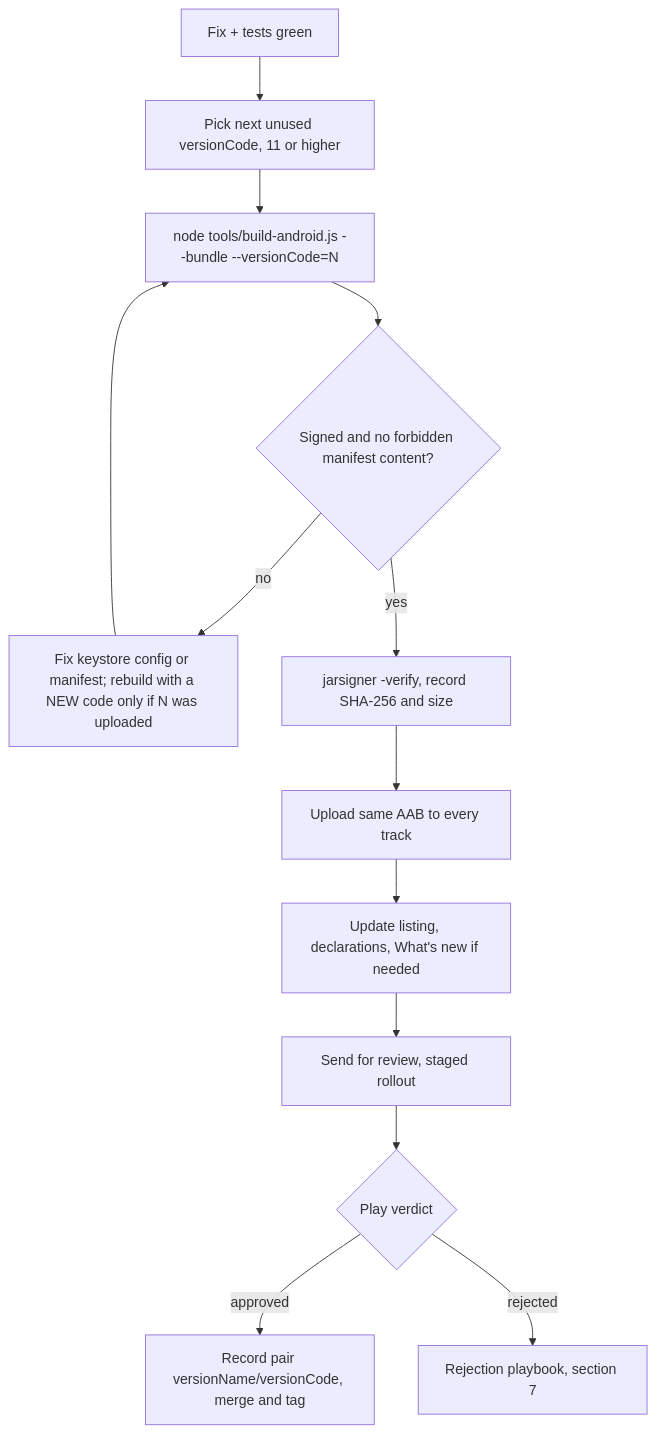
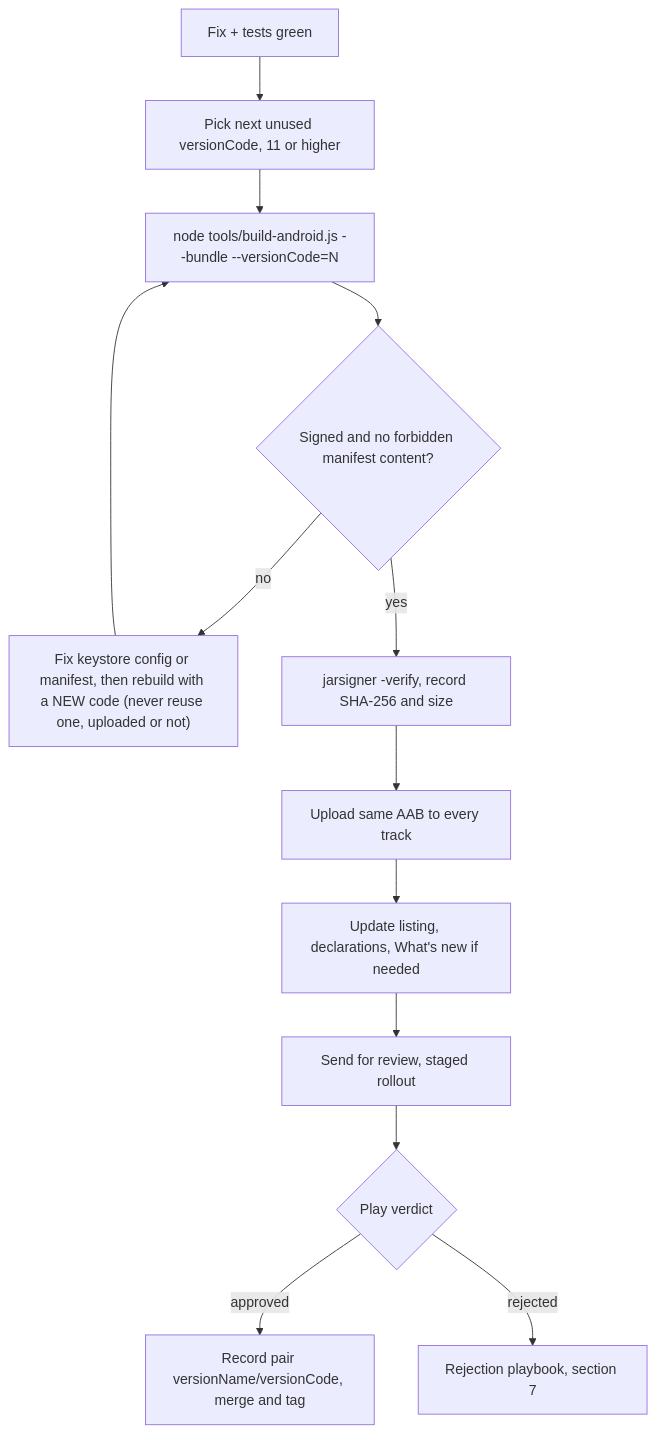
Before and after one commit to EeshGarg/FitShield: the third of 4 diagrams in docs/MAINTAINING.md, drawn with Mermaid. The commit also changed other lines of this file and 28 other files, not shown here.

````diff
--- a/docs/MAINTAINING.md
+++ b/docs/MAINTAINING.md
@@ -234,15 +240,15 @@
 ```mermaid
 flowchart TD
     A[Fix + tests green] --> B[Pick next unused versionCode, 11 or higher]
     B --> C[node tools/build-android.js --bundle --versionCode=N]
     C --> D{Signed and no forbidden manifest content?}
-    D -- no --> D1[Fix keystore config or manifest; rebuild with a NEW code only if N was uploaded]
+    D -- no --> D1["Fix keystore config or manifest, then rebuild with a NEW code (never reuse one, uploaded or not)"]
     D1 --> C
     D -- yes --> E[jarsigner -verify, record SHA-256 and size]
     E --> F[Upload same AAB to every track]
-    F --> G[Update listing, declarations, What's new if needed]
+    F --> G["Update listing, declarations, What's new if needed"]
     G --> H[Send for review, staged rollout]
     H --> I{Play verdict}
     I -- approved --> J[Record pair versionName/versionCode, merge and tag]
     I -- rejected --> K[Rejection playbook, section 7]
 ```
````
